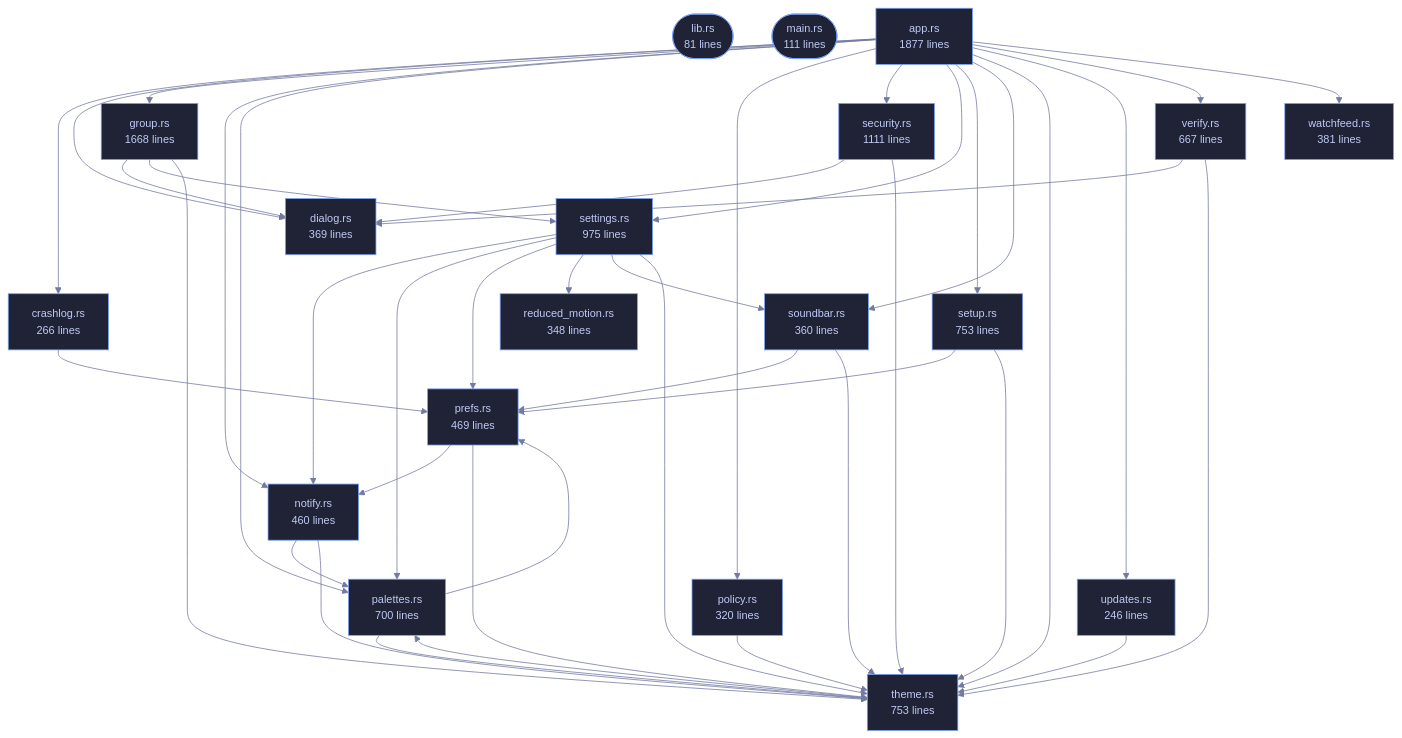
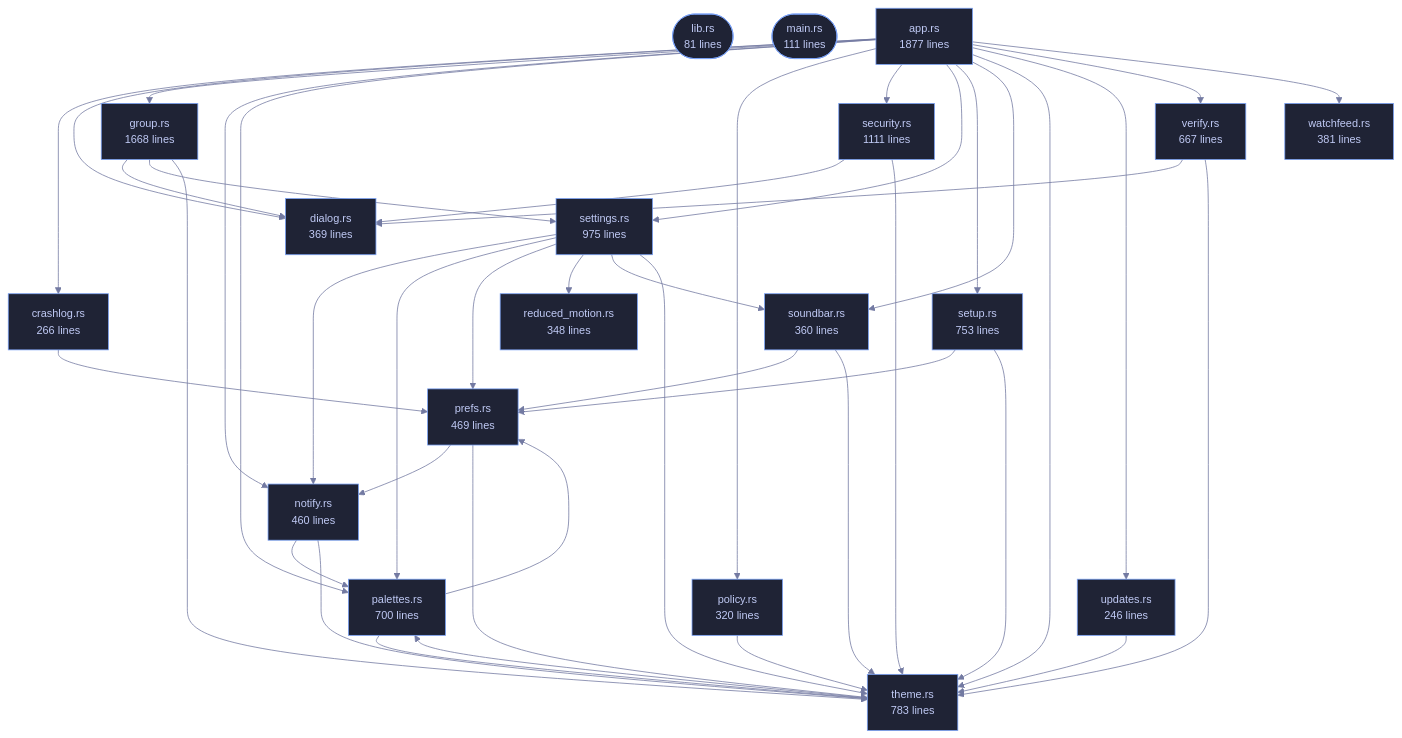
One commit to tilas01/veilvoice changed the diagram in crates/veilvoice-gui/README.md. Above: the diagram before and after it, drawn with Mermaid. The commit also changed other lines of this file and 28 other files, not shown here.

```diff
--- a/crates/veilvoice-gui/README.md
+++ b/crates/veilvoice-gui/README.md
@@ -109,7 +109,7 @@
     n_settings["settings.rs<br/>975 lines"]
     n_setup["setup.rs<br/>753 lines"]
     n_soundbar["soundbar.rs<br/>360 lines"]
-    n_theme["theme.rs<br/>753 lines"]
+    n_theme["theme.rs<br/>783 lines"]
     n_updates["updates.rs<br/>246 lines"]
     n_verify["verify.rs<br/>667 lines"]
     n_watchfeed["watchfeed.rs<br/>381 lines"]
```
